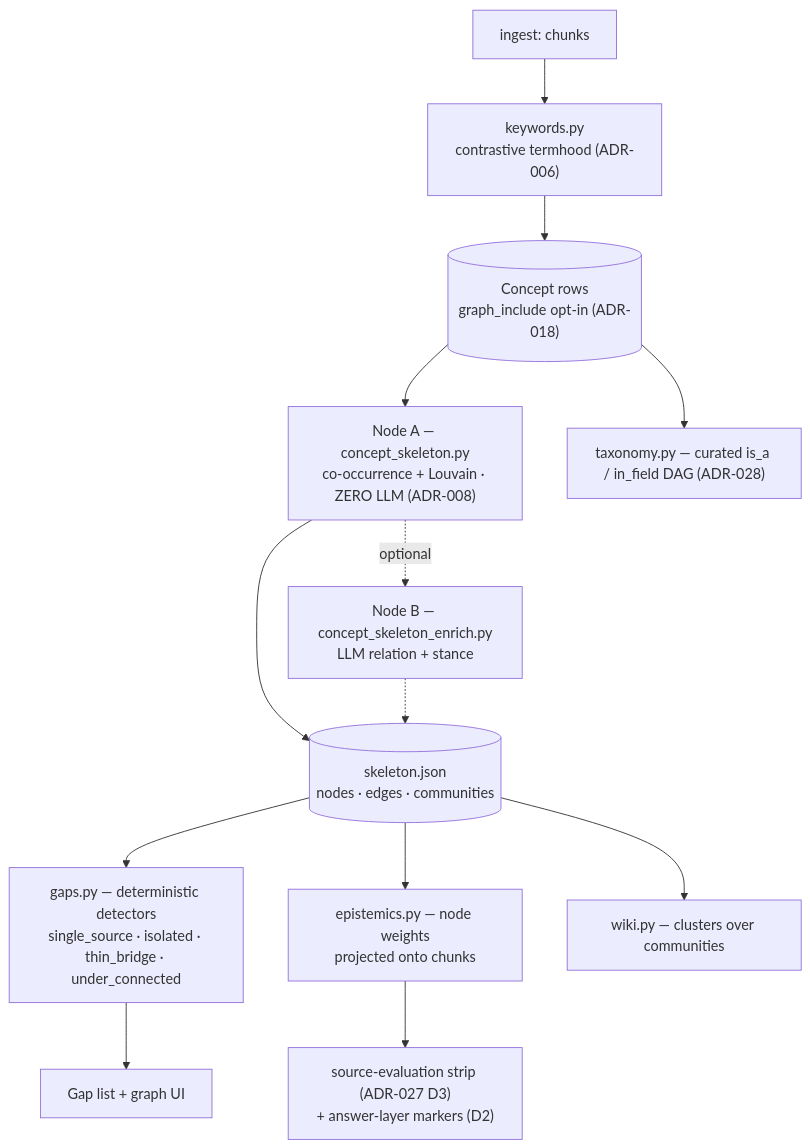
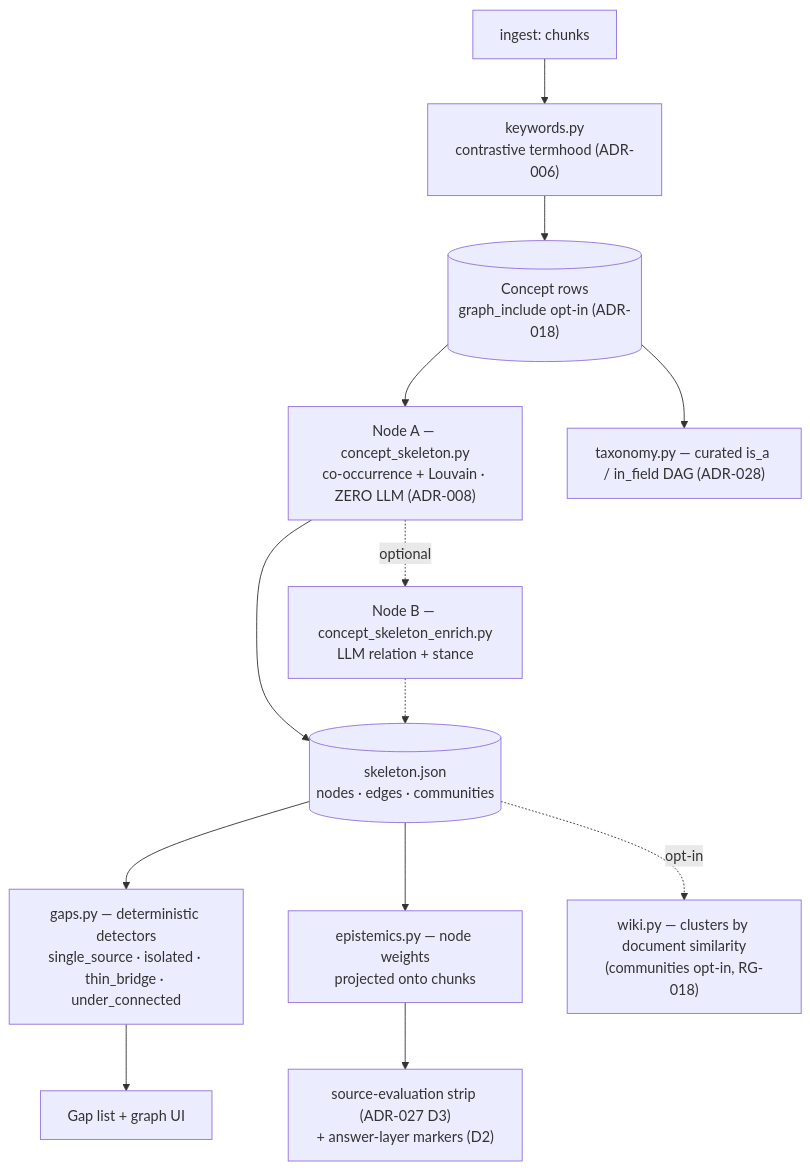
The diagram in docs/knowledge-layer.md (ldele/doc_assistant), drawn with Mermaid before and after one commit. The commit also changed other lines of this file and 3 other files, not shown here.

````diff
--- a/docs/knowledge-layer.md
+++ b/docs/knowledge-layer.md
@@ -113,15 +113,15 @@
 ```mermaid
 flowchart TD
     ING[ingest: chunks] --> KW["keywords.py<br/>contrastive termhood (ADR-006)"]
     KW --> CON[("Concept rows<br/>graph_include opt-in (ADR-018)")]
     CON --> NA["Node A — concept_skeleton.py<br/>co-occurrence + Louvain · ZERO LLM (ADR-008)"]
     NA --> SK[("skeleton.json<br/>nodes · edges · communities")]
     NA -.optional.-> NB["Node B — concept_skeleton_enrich.py<br/>LLM relation + stance"]
     NB -.-> SK
     SK --> GAPS["gaps.py — deterministic detectors<br/>single_source · isolated · thin_bridge · under_connected"]
     SK --> EPI["epistemics.py — node weights<br/>projected onto chunks"]
-    SK --> WIKI["wiki.py — clusters over communities"]
+    SK -.opt-in.-> WIKI["wiki.py — clusters by document similarity<br/>(communities opt-in, RG-018)"]
     CON --> TAX["taxonomy.py — curated is_a / in_field DAG (ADR-028)"]
     GAPS --> UI[Gap list + graph UI]
     EPI --> STRIP["source-evaluation strip (ADR-027 D3)<br/>+ answer-layer markers (D2)"]
 ```
````
